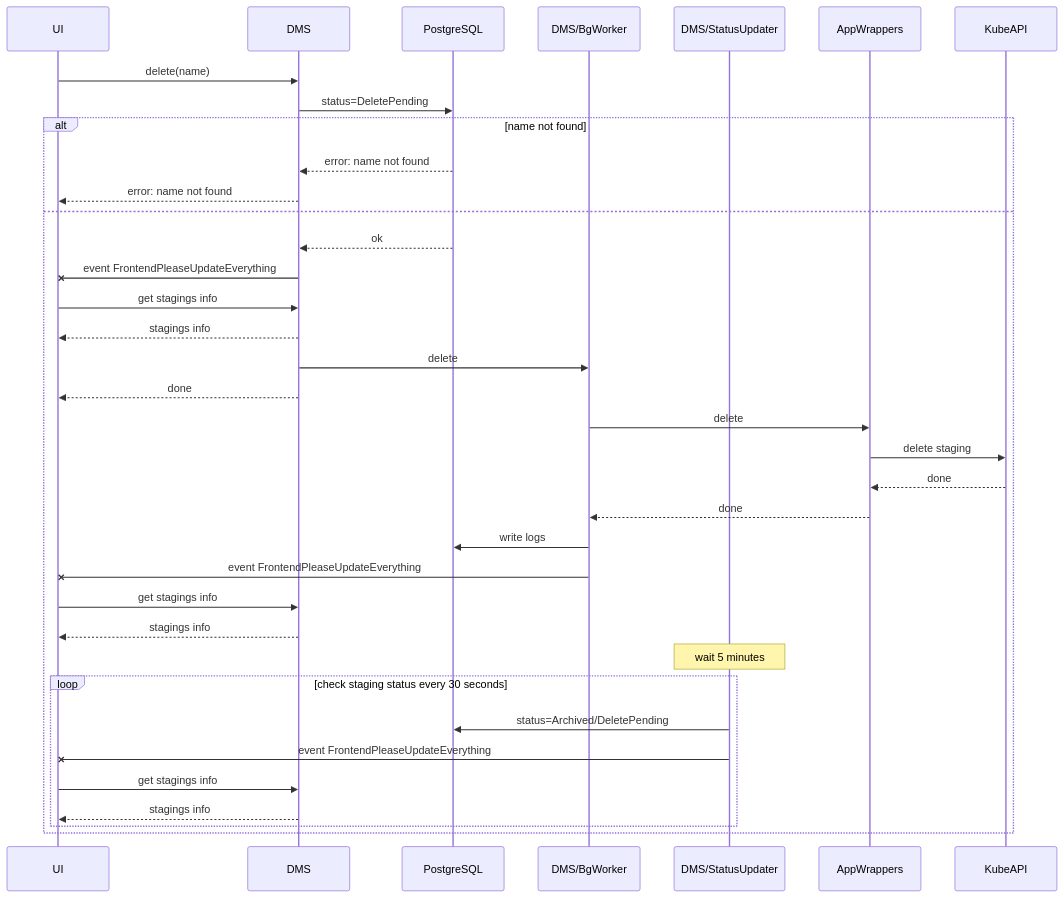
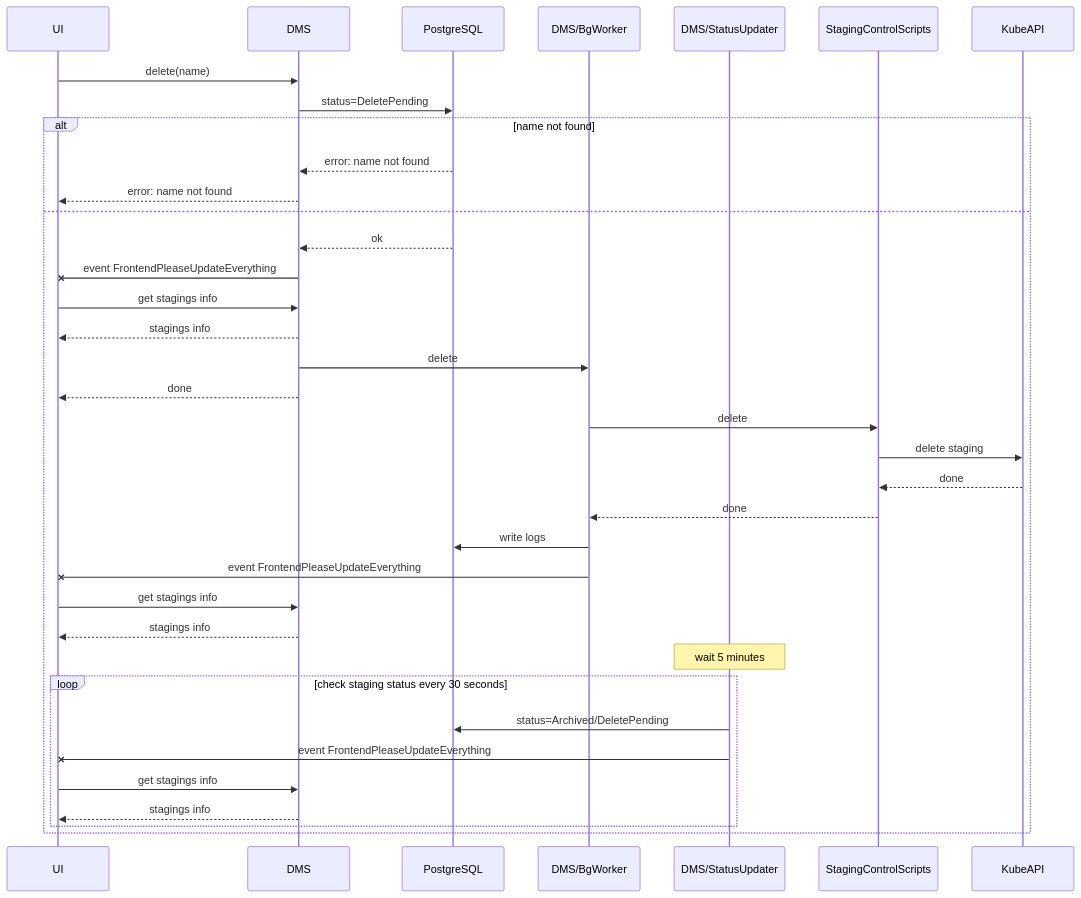
Before and after one commit to typeable/octopod: the diagram in docs/diagrams/src/technical-architecture-delete-via-ui.mmd, drawn with Mermaid. The commit also changed 22 other files, not shown here.

Commit message:
rename 'app wrappers' to 'staging control scripts'

```diff
--- a/docs/diagrams/src/technical-architecture-delete-via-ui.mmd
+++ b/docs/diagrams/src/technical-architecture-delete-via-ui.mmd
@@ -1,36 +1,36 @@
 sequenceDiagram
     participant UI
     participant DMS
     participant PostgreSQL
     participant DMS/BgWorker
     participant DMS/StatusUpdater
-    participant AppWrappers
+    participant StagingControlScripts
     participant KubeAPI
     UI->>DMS: delete(name)
     DMS->>PostgreSQL: status=DeletePending
     alt name not found
         PostgreSQL-->>DMS: error: name not found
         DMS-->>UI: error: name not found
     else
         PostgreSQL-->>DMS: ok
         DMS-xUI: event FrontendPleaseUpdateEverything
         UI->>DMS: get stagings info
         DMS-->>UI: stagings info
         DMS->>DMS/BgWorker: delete
         DMS-->>UI: done
-        DMS/BgWorker->>AppWrappers: delete
-        AppWrappers->>KubeAPI: delete staging
-        KubeAPI-->>AppWrappers: done
-        AppWrappers-->>DMS/BgWorker: done
+        DMS/BgWorker->>StagingControlScripts: delete
+        StagingControlScripts->>KubeAPI: delete staging
+        KubeAPI-->>StagingControlScripts: done
+        StagingControlScripts-->>DMS/BgWorker: done
         DMS/BgWorker->>PostgreSQL: write logs
         DMS/BgWorker-xUI: event FrontendPleaseUpdateEverything
         UI->>DMS: get stagings info
         DMS-->>UI: stagings info
         Note over DMS/StatusUpdater: wait 5 minutes
         loop check staging status every 30 seconds
             DMS/StatusUpdater->>PostgreSQL: status=Archived/DeletePending
             DMS/StatusUpdater-xUI: event FrontendPleaseUpdateEverything
             UI->>DMS: get stagings info
             DMS-->>UI: stagings info
         end
     end
```
